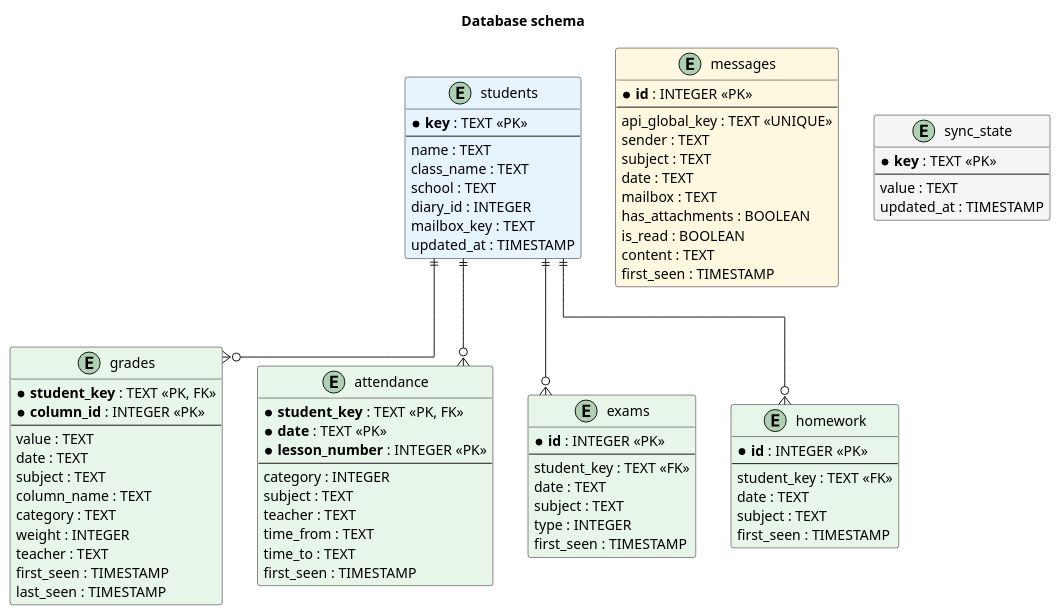
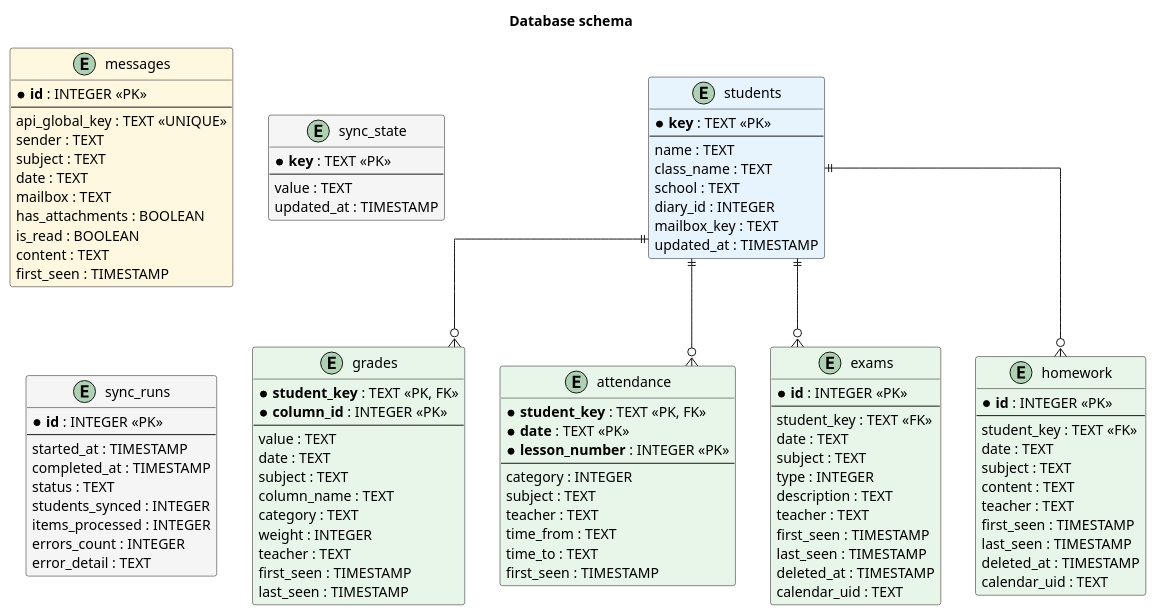
Before and after one commit to kintecus/vulcan-notify: the diagram in README.md, drawn with PlantUML. The commit also changed other lines of this file, not shown here.

Commit message:
docs(readme): add calendar integration, sync improvements, updated schema

```diff
--- a/README.md
+++ b/README.md
@@ -141,7 +161,12 @@
   date : TEXT
   subject : TEXT
   type : INTEGER
+  description : TEXT
+  teacher : TEXT
   first_seen : TIMESTAMP
+  last_seen : TIMESTAMP
+  deleted_at : TIMESTAMP
+  calendar_uid : TEXT
 }
 
 entity "homework" as homework #E8F5E9 {
@@ -150,7 +175,12 @@
   student_key : TEXT <<FK>>
   date : TEXT
   subject : TEXT
+  content : TEXT
+  teacher : TEXT
   first_seen : TIMESTAMP
+  last_seen : TIMESTAMP
+  deleted_at : TIMESTAMP
+  calendar_uid : TEXT
 }
 
 entity "messages" as messages #FFF8E1 {
@@ -174,6 +204,18 @@
   updated_at : TIMESTAMP
 }
 
+entity "sync_runs" as sync_runs #F5F5F5 {
+  * **id** : INTEGER <<PK>>
+  --
+  started_at : TIMESTAMP
+  completed_at : TIMESTAMP
+  status : TEXT
+  students_synced : INTEGER
+  items_processed : INTEGER
+  errors_count : INTEGER
+  error_detail : TEXT
+}
+
 students ||--o{ grades
 students ||--o{ attendance
 students ||--o{ exams
```
